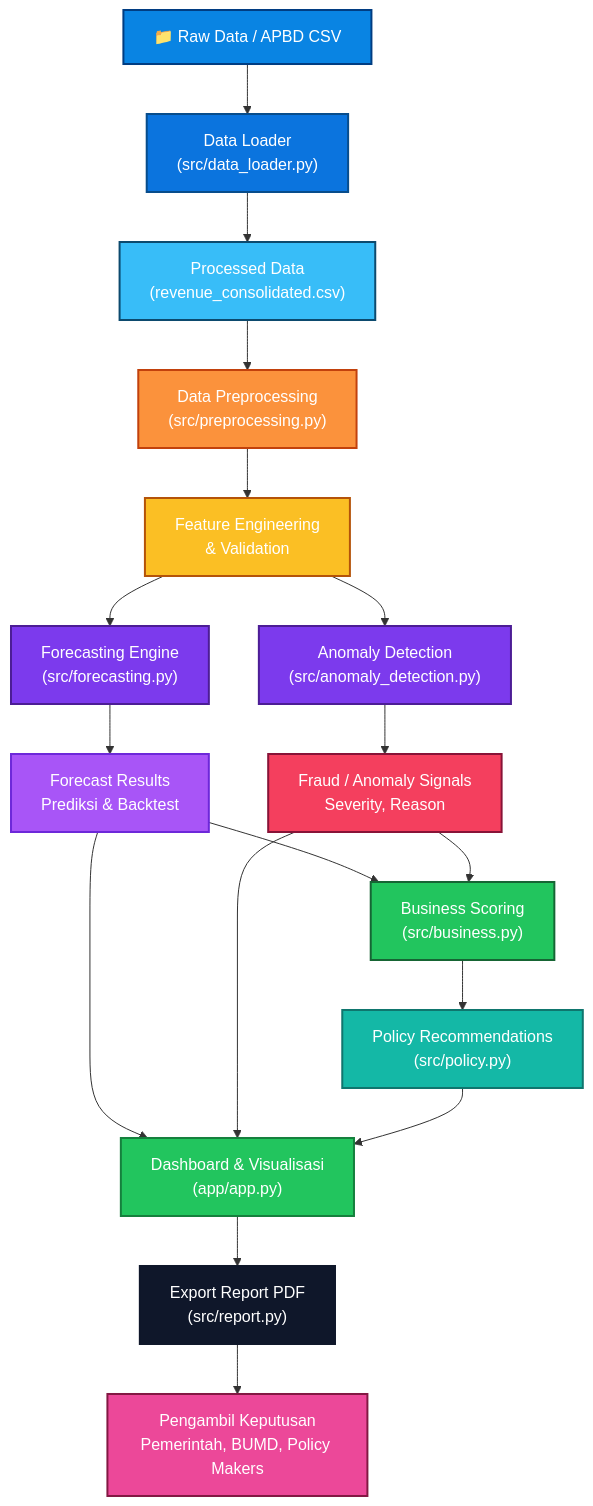
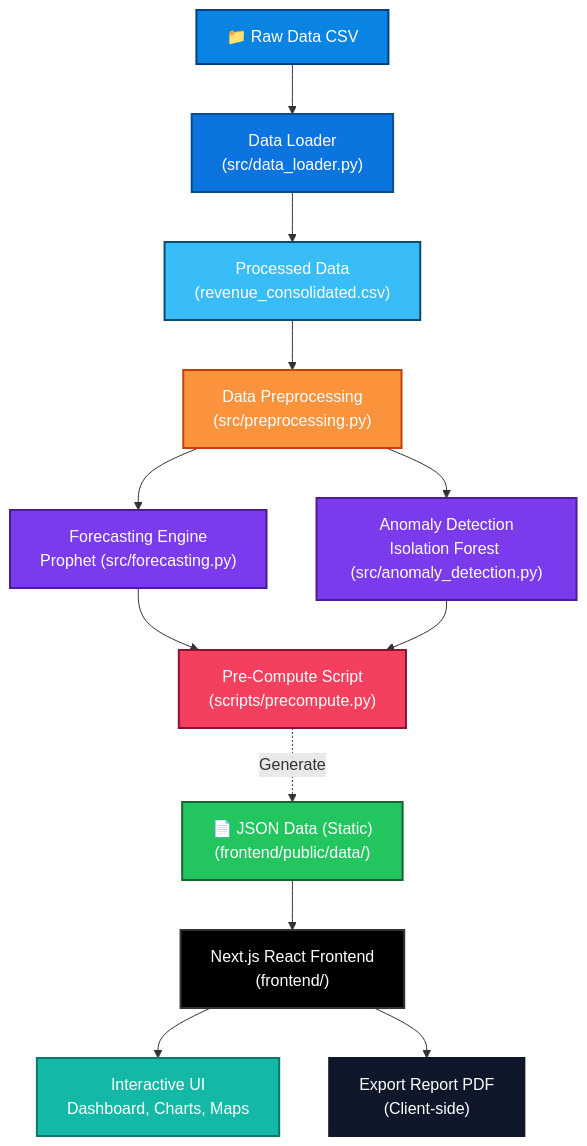
Before and after one commit to KwikAndreas/revdadas: the diagram in README.MD, drawn with Mermaid. The commit also changed other lines of this file and 37 other files, not shown here.

````diff
--- a/README.MD
+++ b/README.MD
@@ -54,39 +55,29 @@
 ```mermaid
 graph TD
-    A["📁 Raw Data / APBD CSV"] --> B["Data Loader\n(src/data_loader.py)"]
+    A["📁 Raw Data CSV"] --> B["Data Loader\n(src/data_loader.py)"]
     B --> C["Processed Data\n(revenue_consolidated.csv)"]
     C --> D["Data Preprocessing\n(src/preprocessing.py)"]
-    D --> E["Feature Engineering\n& Validation"]
+    
+    D --> E["Forecasting Engine\nProphet (src/forecasting.py)"]
+    D --> F["Anomaly Detection\nIsolation Forest (src/anomaly_detection.py)"]
 
-    E --> F["Forecasting Engine\n(src/forecasting.py)"]
-    E --> G["Anomaly Detection\n(src/anomaly_detection.py)"]
+    E & F --> G["Pre-Compute Script\n(scripts/precompute.py)"]
+    
+    G -.->|Generate| H["📄 JSON Data (Static)\n(frontend/public/data/)"]
 
-    F --> H["Forecast Results\nPrediksi & Backtest"]
-    G --> I["Fraud / Anomaly Signals\nSeverity, Reason"]
-
-    H --> J["Business Scoring\n(src/business.py)"]
-    I --> J
-    J --> K["Policy Recommendations\n(src/policy.py)"]
-
-    H --> L["Dashboard & Visualisasi\n(app/app.py)"]
-    I --> L
-    K --> L
-    L --> M["Export Report PDF\n(src/report.py)"]
-
-    M --> N["Pengambil Keputusan\nPemerintah, BUMD, Policy Makers"]
+    H --> I["Next.js React Frontend\n(frontend/)"]
+    I --> J["Interactive UI\nDashboard, Charts, Maps"]
+    I --> K["Export Report PDF\n(Client-side)"]
 
     style A fill:#0984e3,stroke:#003d82,stroke-width:2px,color:#fff
     style B fill:#0b74de,stroke:#084d8c,stroke-width:2px,color:#fff
     style C fill:#38bdf8,stroke:#0c4a6e,stroke-width:2px,color:#fff
     style D fill:#fb923c,stroke:#c2410c,stroke-width:2px,color:#fff
-    style E fill:#fbbf24,stroke:#b45309,stroke-width:2px,color:#fff
+    style E fill:#7c3aed,stroke:#4c1d95,stroke-width:2px,color:#fff
     style F fill:#7c3aed,stroke:#4c1d95,stroke-width:2px,color:#fff
-    style G fill:#7c3aed,stroke:#4c1d95,stroke-width:2px,color:#fff
-    style H fill:#a855f7,stroke:#6d28d9,stroke-width:2px,color:#fff
-    style I fill:#f43f5e,stroke:#881337,stroke-width:2px,color:#fff
-    style J fill:#22c55e,stroke:#166534,stroke-width:2px,color:#fff
-    style K fill:#14b8a6,stroke:#0f766e,stroke-width:2px,color:#fff
-    style L fill:#22c55e,stroke:#15803d,stroke-width:2px,color:#fff
-    style M fill:#0f172a,stroke:#0f172a,stroke-width:2px,color:#fff
-    style N fill:#ec4899,stroke:#831843,stroke-width:2px,color:#fff
+    style G fill:#f43f5e,stroke:#881337,stroke-width:2px,color:#fff
+    style H fill:#22c55e,stroke:#166534,stroke-width:2px,color:#fff
+    style I fill:#000000,stroke:#333333,stroke-width:2px,color:#fff
+    style J fill:#14b8a6,stroke:#0f766e,stroke-width:2px,color:#fff
+    style K fill:#0f172a,stroke:#0f172a,stroke-width:2px,color:#fff
 ```
````
